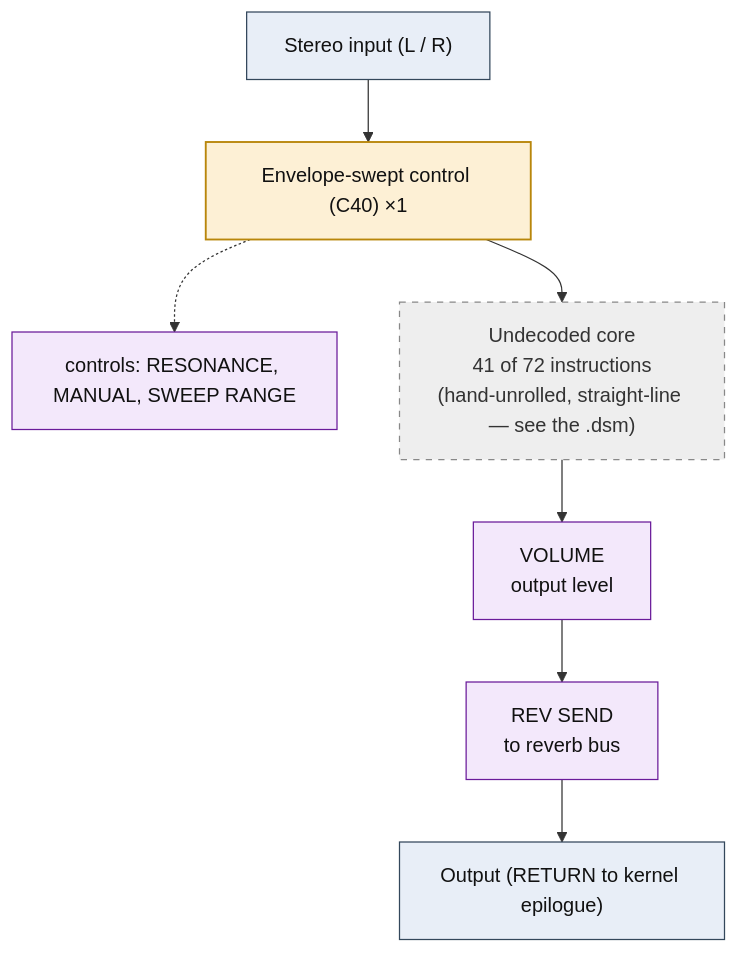
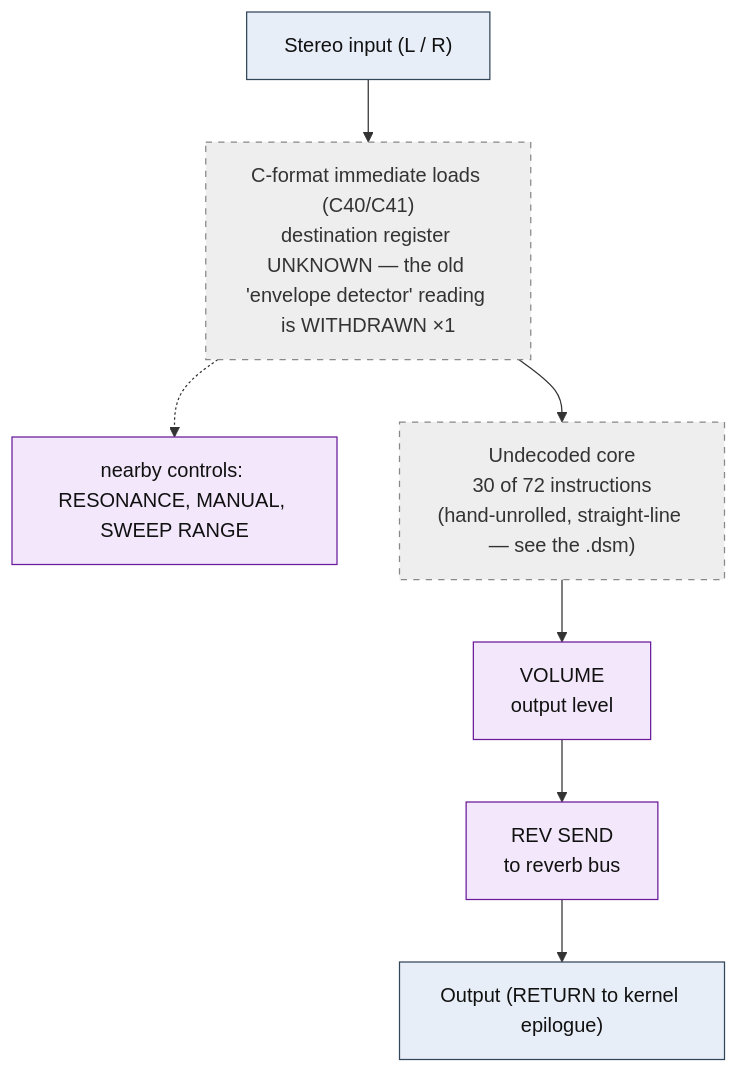
One commit to ArqueologiaDigital/KN5000-docs changed the diagram in flowcharts/prog52_auto_wah.md. Above: the diagram before and after it, drawn with Mermaid. The commit also changed other lines of this file and 38 other files, not shown here.

First line of the commit message:
flowcharts: withdraw the envelope-detector reading, decode the DRAM accesses

````diff
--- a/flowcharts/prog52_auto_wah.md
+++ b/flowcharts/prog52_auto_wah.md
@@ -19,27 +19,26 @@
 ```mermaid
 flowchart TD
     N0["Stereo input (L / R)"]
-    N1["Envelope-swept control (C40) &times;1"]
+    N1["C-format immediate loads (C40/C41)<br/>destination register UNKNOWN &mdash; the old 'envelope detector' reading is WITHDRAWN &times;1"]
     N0 --> N1
-    N2["controls: RESONANCE, MANUAL, SWEEP RANGE"]
+    N2["nearby controls: RESONANCE, MANUAL, SWEEP RANGE"]
     N1 -.-> N2
-    N3["Undecoded core<br/>41 of 72 instructions<br/>(hand-unrolled, straight-line &mdash; see the .dsm)"]
+    N3["Undecoded core<br/>30 of 72 instructions<br/>(hand-unrolled, straight-line &mdash; see the .dsm)"]
     N1 --> N3
     N4["VOLUME<br/>output level"]
     N3 --> N4
     N5["REV SEND<br/>to reverb bus"]
     N4 --> N5
     N6["Output (RETURN to kernel epilogue)"]
     N5 --> N6
 
     classDef io fill:#e8eef7,stroke:#33475b,stroke-width:1px,color:#111;
     classDef proven fill:#d7f0d7,stroke:#2e7d32,stroke-width:2px,color:#111;
     classDef measured fill:#dbe9fb,stroke:#1565c0,stroke-width:1.5px,color:#111;
     classDef inferred fill:#fdf0d5,stroke:#b8860b,stroke-width:1.5px,color:#111;
     classDef open fill:#eeeeee,stroke:#888,stroke-width:1px,color:#333,stroke-dasharray:5 5;
     classDef ctrl fill:#f3e8fb,stroke:#6a1b9a,stroke-width:1px,color:#111;
     class N0,N6 io;
-    class N1 inferred;
+    class N1,N3 open;
     class N2,N4,N5 ctrl;
-    class N3 open;
 ```
````
